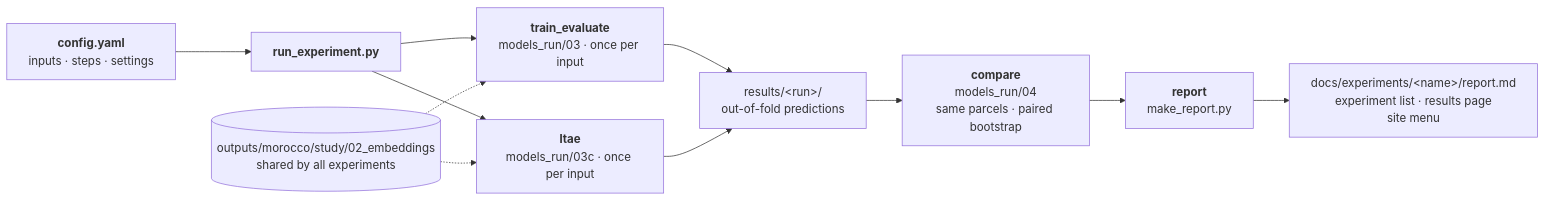
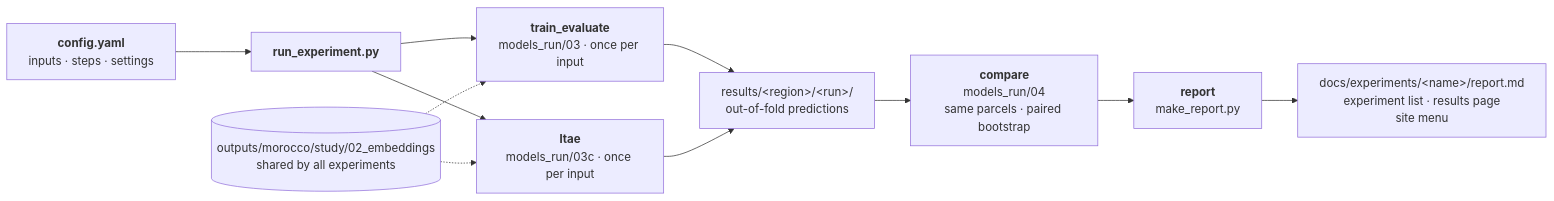
One commit to amanchry/irrimapping-geofm changed the first of 2 diagrams in docs/experiments/index.md. Above: the diagram before and after it, drawn with Mermaid. The commit also changed other lines of this file and 30 other files, not shown here.

````diff
--- a/docs/experiments/index.md
+++ b/docs/experiments/index.md
@@ -58,13 +62,13 @@
 ```mermaid
 flowchart LR
     CFG["<b>config.yaml</b><br/>inputs · steps · settings"] --> RUN["<b>run_experiment.py</b>"]
     RUN --> S1["<b>train_evaluate</b><br/>models_run/03 · once per input"]
     RUN --> S2["<b>ltae</b><br/>models_run/03c · once per input"]
-    S1 --> R["results/&lt;run&gt;/<br/>out-of-fold predictions"]
+    S1 --> R["results/&lt;region&gt;/&lt;run&gt;/<br/>out-of-fold predictions"]
     S2 --> R
     R --> C["<b>compare</b><br/>models_run/04<br/>same parcels · paired bootstrap"]
     C --> REP["<b>report</b><br/>make_report.py"]
     REP --> MD["docs/experiments/&lt;name&gt;/report.md<br/>experiment list · results page<br/>site menu"]
     EMB[("outputs/morocco/study/02_embeddings<br/>shared by all experiments")] -.-> S1
     EMB -.-> S2
 ```
````
